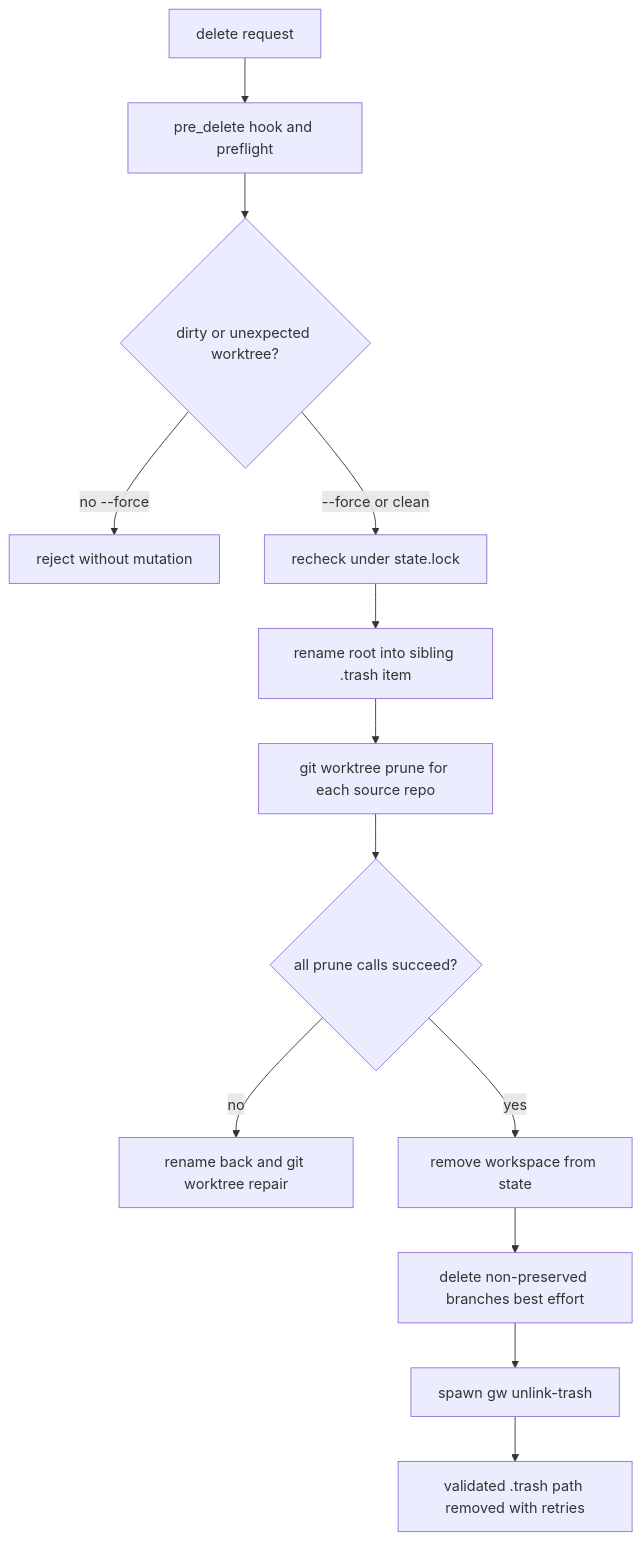
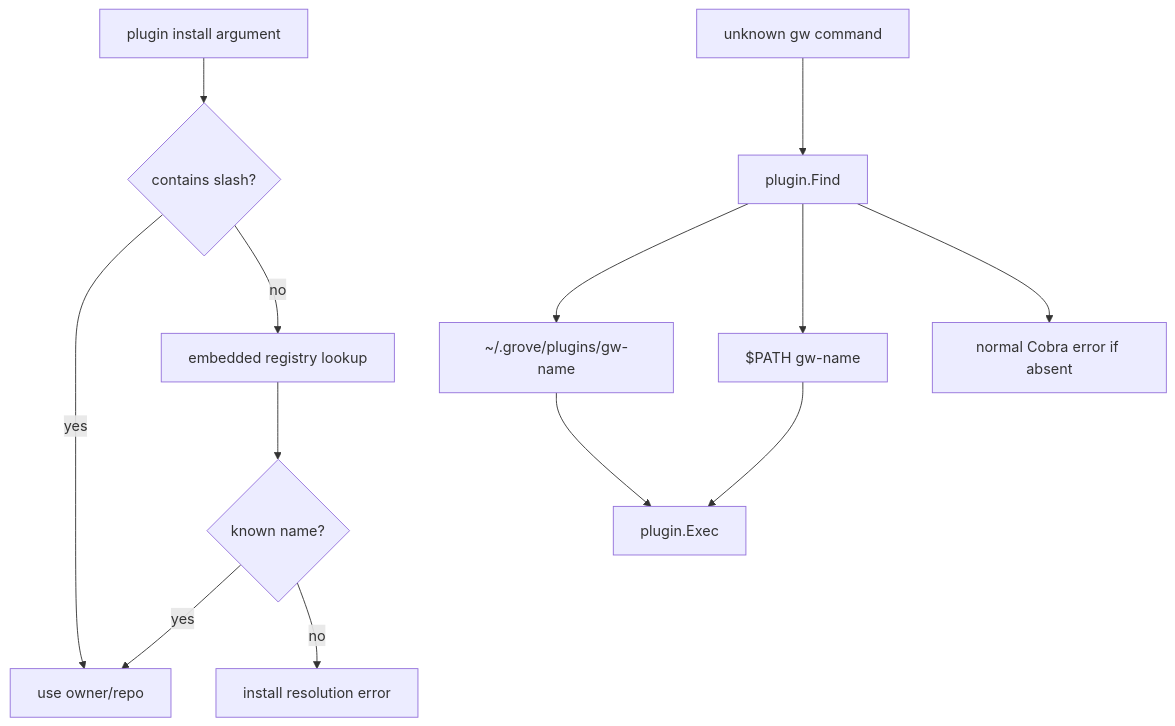
One commit to nicksenap/grove changed the third of 3 diagrams in openwiki/architecture.md. Above: the diagram before and after it, drawn with Mermaid. The commit also changed other lines of this file and 19 other files, not shown here.

First line of the commit message:
prune: handle stale records, unit-suffixed --min-age; trim plugin registry

````diff
--- a/openwiki/architecture.md
+++ b/openwiki/architecture.md
@@ -186,15 +121,15 @@
 ```mermaid
 flowchart TD
-    START["delete request"] --> PRE["pre_delete hook and preflight"]
-    PRE --> DIRTY{"dirty or unexpected worktree?"}
-    DIRTY -->|"no --force"| STOP["reject without mutation"]
-    DIRTY -->|"--force or clean"| LOCK["recheck under state.lock"]
-    LOCK --> Q["rename root into sibling .trash item"]
-    Q --> PRUNE["git worktree prune for each source repo"]
-    PRUNE --> OK{"all prune calls succeed?"}
-    OK -->|"no"| RESTORE["rename back and git worktree repair"]
-    OK -->|"yes"| REMOVE["remove workspace from state"]
-    REMOVE --> BRANCH["delete non-preserved branches best effort"]
-    BRANCH --> CHILD["spawn gw unlink-trash"]
-    CHILD --> TRASH["validated .trash path removed with retries"]
+    ARG["plugin install argument"] --> SLASH{"contains slash?"}
+    SLASH -->|yes| REPO["use owner/repo"]
+    SLASH -->|no| REG["embedded registry lookup"]
+    REG --> FOUND{"known name?"}
+    FOUND -->|yes| REPO
+    FOUND -->|no| INSTALL_ERR["install resolution error"]
+    UNKNOWN["unknown gw command"] --> FIND["plugin.Find"]
+    FIND --> LOCAL["~/.grove/plugins/gw-name"]
+    FIND --> PATH["$PATH gw-name"]
+    LOCAL --> EXEC["plugin.Exec"]
+    PATH --> EXEC
+    FIND --> FALLBACK_ERR["normal Cobra error if absent"]
 ```
````
